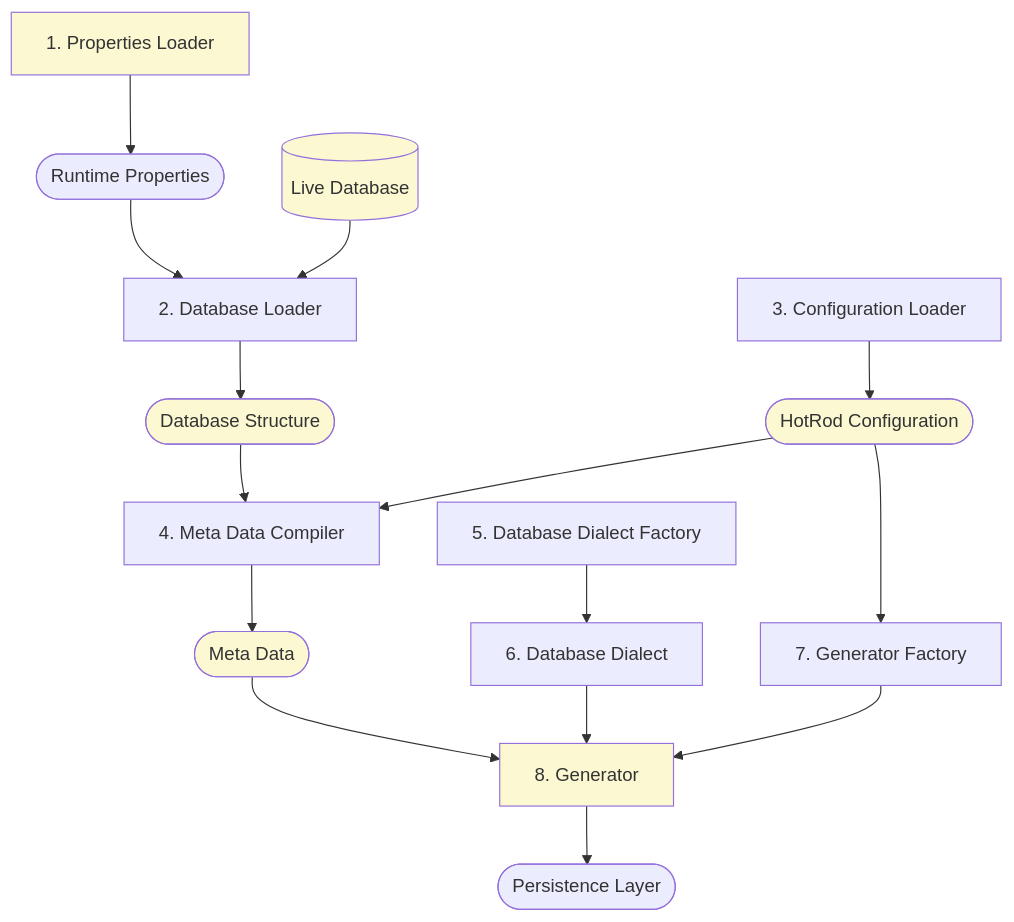
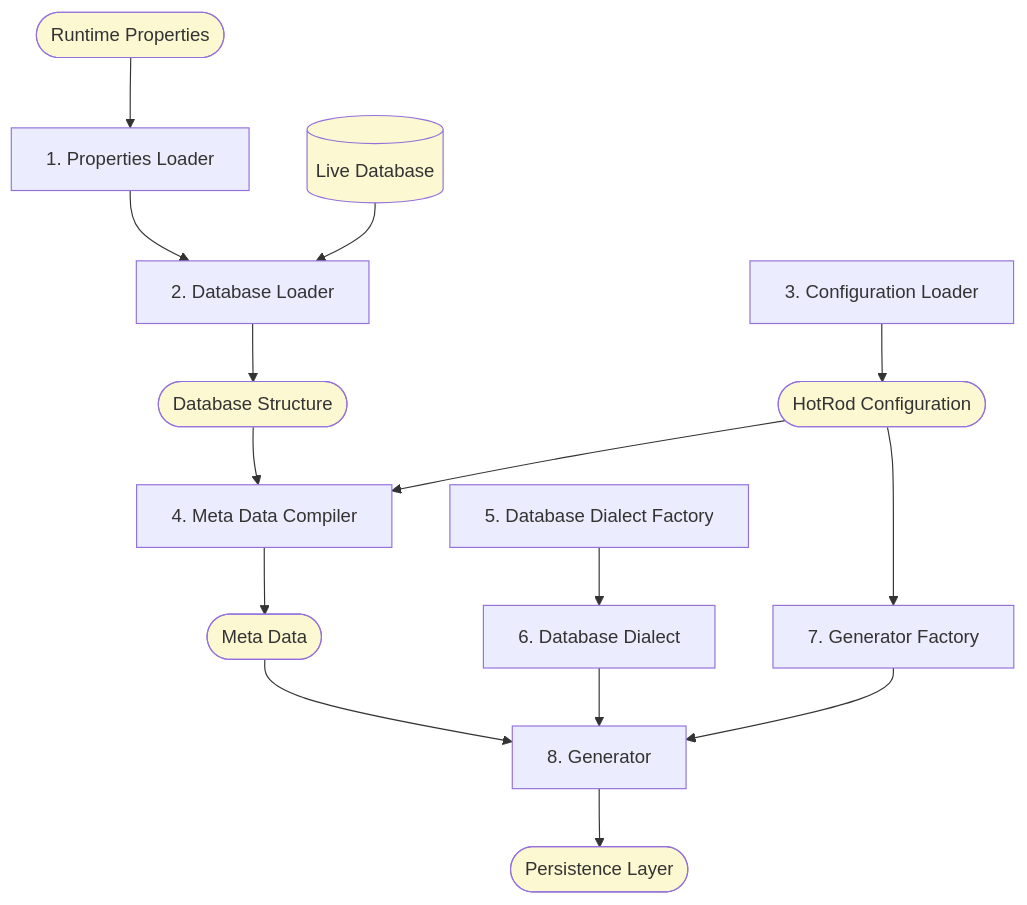
The diagram in hotrod-project/docs/architecture.md (hotrodorm/hotrod), drawn with Mermaid before and after one commit.

````diff
--- a/hotrod-project/docs/architecture.md
+++ b/hotrod-project/docs/architecture.md
@@ -17,29 +17,29 @@
 ```mermaid
 graph TD;
 
-A[1. Properties Loader] --> B([Runtime Properties]);
-style A fill:#fcf8d2
+B([Runtime Properties]) --> A[1. Properties Loader];
+style B fill:#fcf8d2
 
-B --> F[2. Database Loader];
+A --> F[2. Database Loader];
 G[(Live Database)] --> F;
 style G fill:#fcf8d2
 C[3. Configuration Loader] --> D([HotRod Configuration]);
 style D fill:#fcf8d2
 F --> E([Database Structure]);
 style E fill:#fcf8d2
 
 E --> H[4. Meta Data Compiler];
 D --> H;
 H --> I([Meta Data]);
 style I fill:#fcf8d2
 
 D --> J[7. Generator Factory];
 J --> K[8. Generator];
 I --> K;
 K --> L([Persistence Layer]);
-style K fill:#fcf8d2
+style L fill:#fcf8d2
 
 M[5. Database Dialect Factory] --> N[6. Database Dialect];
 N --> K;
 
 ```
````
